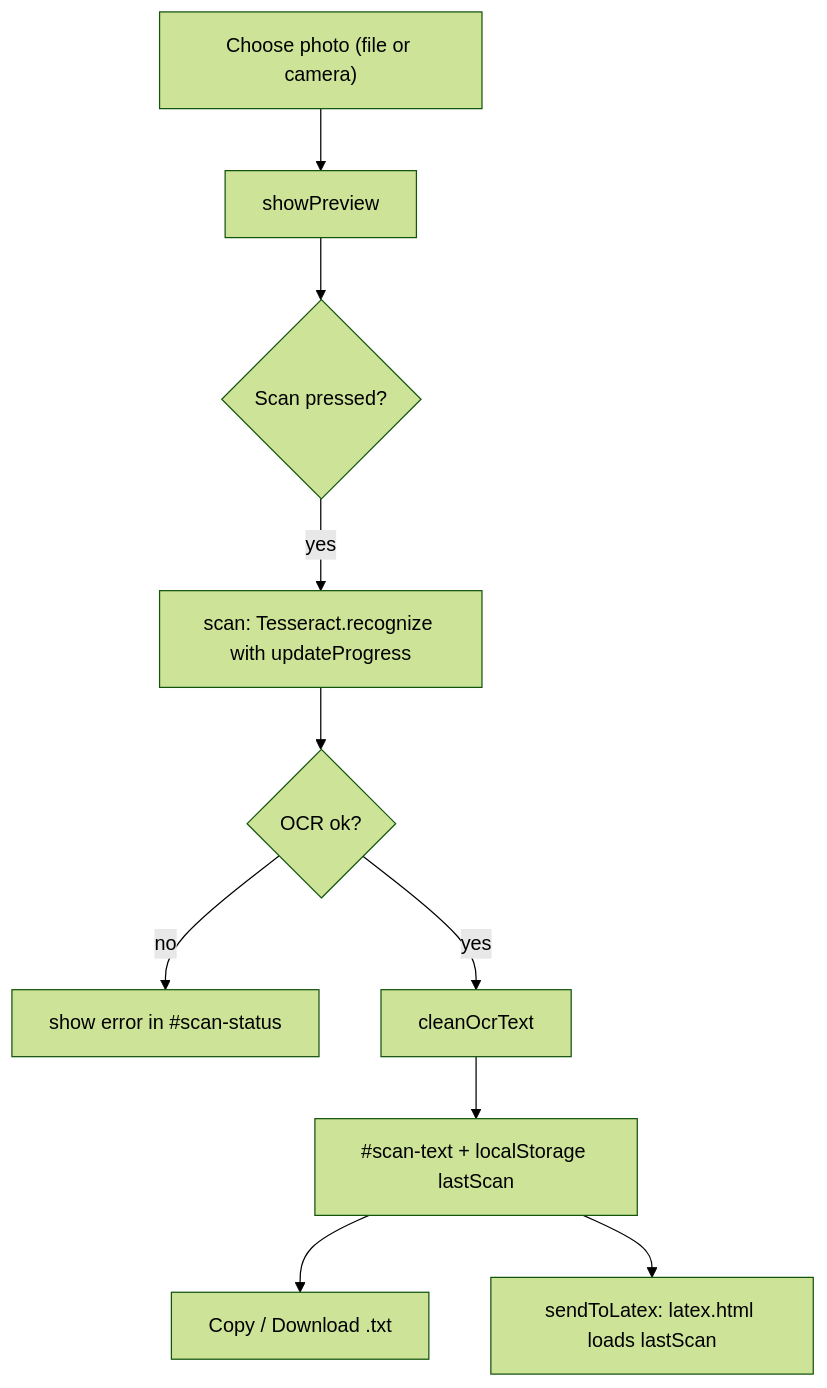
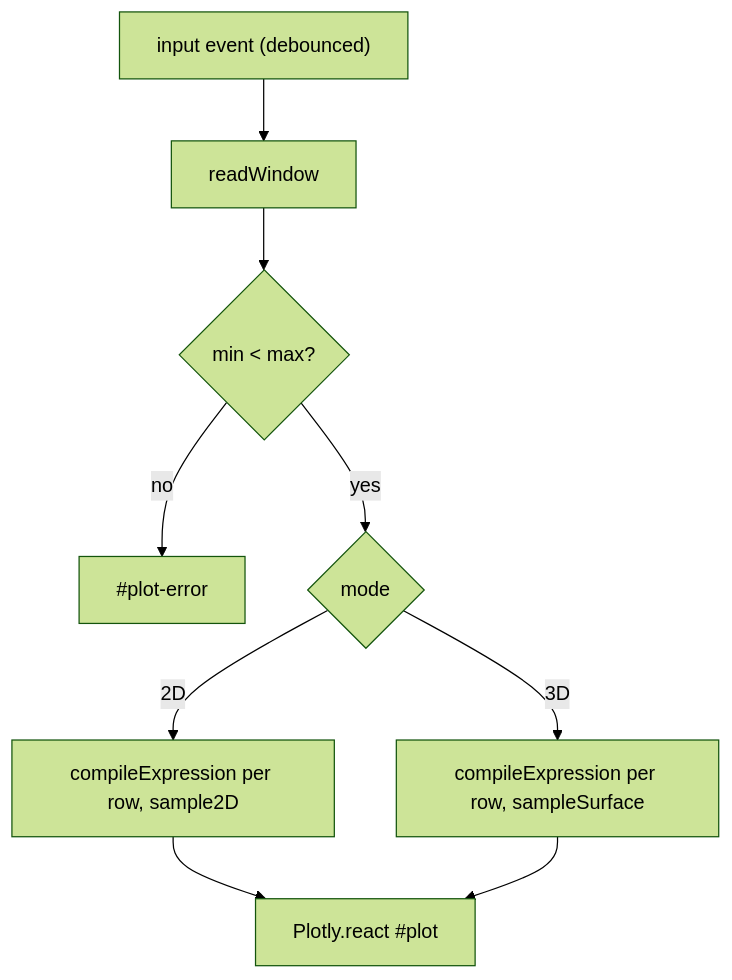
One commit to ChrisMedkit/CS-235-IntroToAI changed the sixth of 9 diagrams in DIAGRAM.md. Above: the diagram before and after it, drawn with Mermaid (forest theme). The commit also changed other lines of this file and 57 other files, not shown here.

````diff
--- a/DIAGRAM.md
+++ b/DIAGRAM.md
@@ -93,12 +117,11 @@
 ```mermaid
 flowchart TD
-  A["Choose photo (file or camera)"] --> B["showPreview"]
-  B --> C{"Scan pressed?"}
-  C -- yes --> D["scan: Tesseract.recognize with updateProgress"]
-  D --> E{"OCR ok?"}
-  E -- no --> F["show error in #scan-status"]
-  E -- yes --> G["cleanOcrText"]
-  G --> H["#scan-text + localStorage lastScan"]
-  H --> I["Copy / Download .txt"]
-  H --> J["sendToLatex: latex.html loads lastScan"]
+  A["input event (debounced)"] --> B["readWindow"]
+  B --> C{"min < max?"}
+  C -- no --> E1["#plot-error"]
+  C -- yes --> D{"mode"}
+  D -- 2D --> F["compileExpression per row, sample2D"]
+  D -- 3D --> G["compileExpression per row, sampleSurface"]
+  F --> H["Plotly.react #plot"]
+  G --> H
 ```
````
